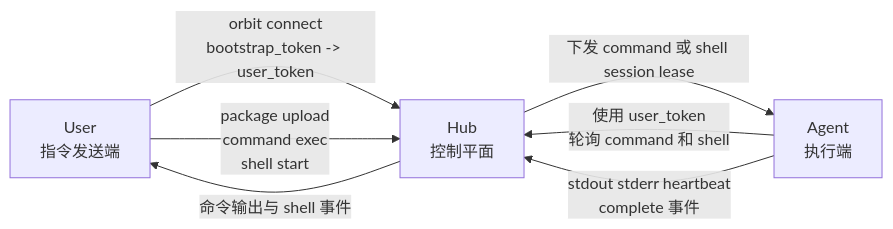
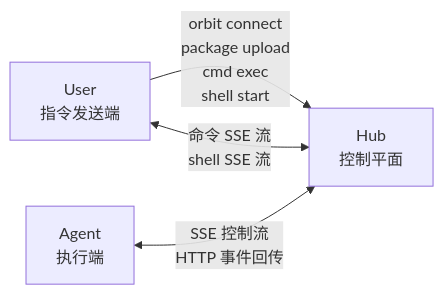
One commit to mvp-ai-lab/mvp-orbit changed the diagram in README.zh-CN.md. Above: the diagram before and after it, drawn with Mermaid. The commit also changed other lines of this file and 13 other files, not shown here.

````diff
--- a/README.zh-CN.md
+++ b/README.zh-CN.md
@@ -39,13 +39,10 @@
 ```mermaid
 flowchart LR
     U["User<br/>指令发送端"]
     H["Hub<br/>控制平面"]
     A["Agent<br/>执行端"]
 
-    U -->|"orbit connect<br/>bootstrap_token -> user_token"| H
-    U -->|"package upload<br/>command exec<br/>shell start"| H
-    A -->|"使用 user_token<br/>轮询 command 和 shell"| H
-    H -->|下发 command 或 shell session lease| A
-    A -->|"stdout stderr heartbeat<br/>complete 事件"| H
-    H -->|"命令输出与 shell 事件"| U
+    U -->|"orbit connect<br/>package upload<br/>cmd exec<br/>shell start"| H
+    U <-->|"命令 SSE 流<br/>shell SSE 流"| H
+    A <-->|"SSE 控制流<br/>HTTP 事件回传"| H
 ```
````
